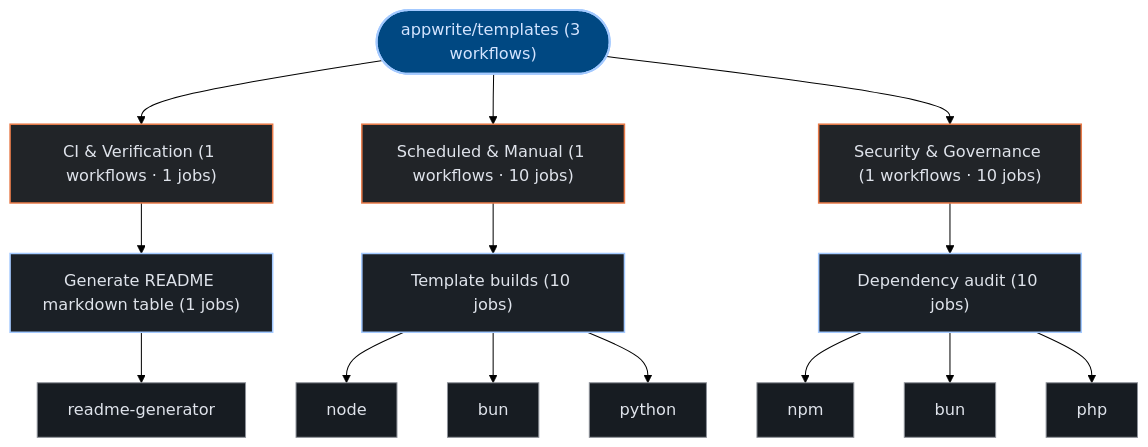
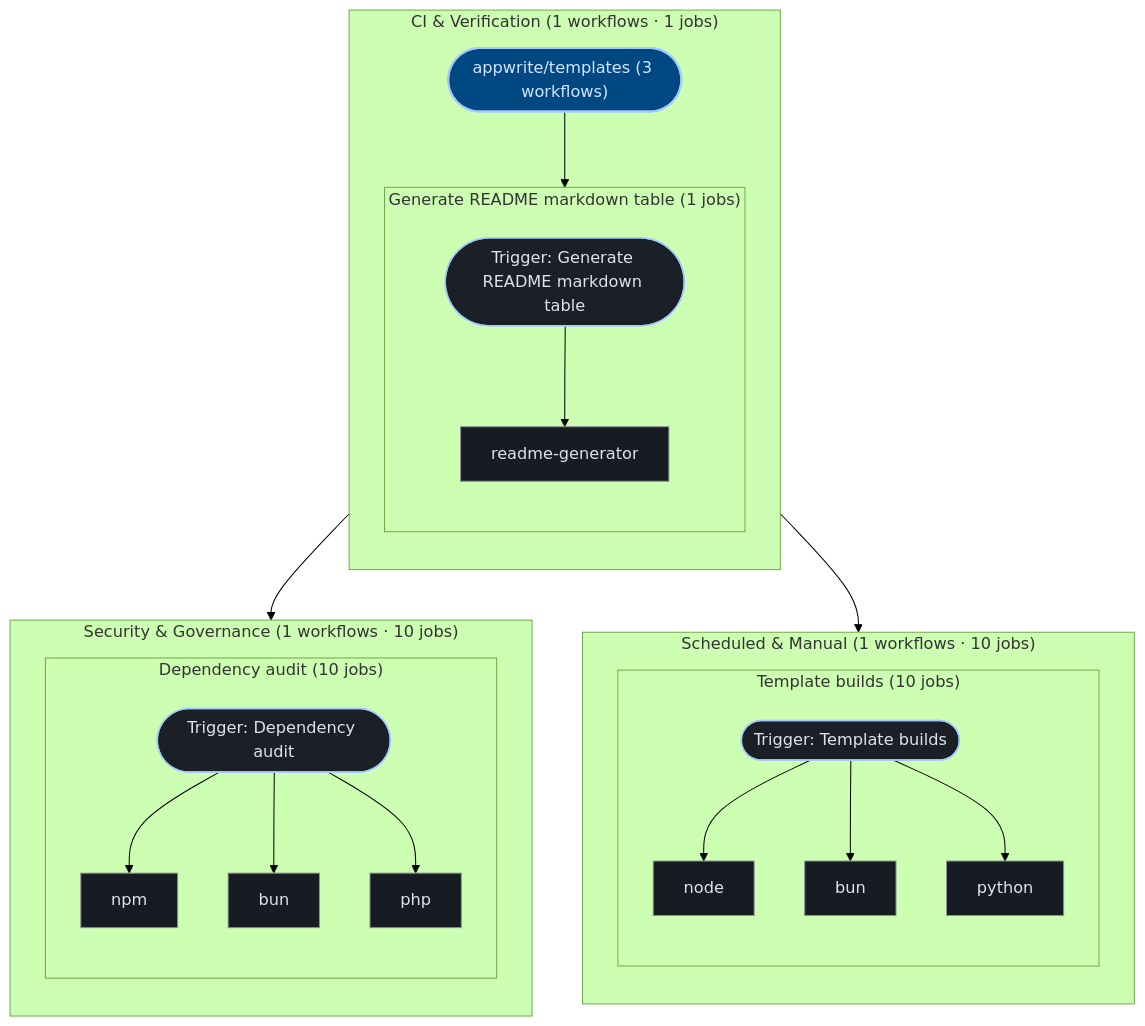
One commit to kumarshaz/atruss-code-atlas changed the third of 3 diagrams in exports/latest/reports/appwrite-templates-report.md. Above: the diagram before and after it, drawn with Mermaid (forest theme). The commit also changed 181 other files, not shown here.

````diff
--- a/exports/latest/reports/appwrite-templates-report.md
+++ b/exports/latest/reports/appwrite-templates-report.md
@@ -190,37 +190,49 @@
 ```mermaid
 graph TD;
   classDef atlasRoot fill:#004882,stroke:#a3c9ff,stroke-width:2px,color:#d3e4ff
   classDef atlasCategory fill:#212428,stroke:#E87A48,stroke-width:1.5px,color:#dfe3eb
   classDef atlasWorkflow fill:#1b2026,stroke:#a3c9ff,stroke-width:1.5px,color:#dfe3eb
   classDef atlasJob fill:#171c22,stroke:#8d9199,stroke-width:1px,color:#dfe3eb
   classDef atlasTarget fill:#005227,stroke:#8bd99b,stroke-width:1.5px,color:#a7f6b6
   classDef atlasAlert fill:#93000a,stroke:#ffb4ab,stroke-width:1.5px,color:#ffdad6
   classDef atlasMore fill:#252a31,stroke:#8d9199,stroke-dasharray:4 4,color:#c3c6cf
   pipeline_root(["appwrite/templates (3 workflows)"]):::atlasRoot
-  grp_0_CI___Verification["CI & Verification (1 workflows · 1 jobs)"]:::atlasCategory
-  pipeline_root --> grp_0_CI___Verification
-  wf_2_Generate_README_markdown_table["Generate README markdown table (1 jobs)"]:::atlasWorkflow
-  grp_0_CI___Verification --> wf_2_Generate_README_markdown_table
-  job_2_readme_generator["readme-generator"]:::atlasJob
-  wf_2_Generate_README_markdown_table --> job_2_readme_generator
-  grp_1_Scheduled___Manual["Scheduled & Manual (1 workflows · 10 jobs)"]:::atlasCategory
-  pipeline_root --> grp_1_Scheduled___Manual
-  wf_1_Template_builds["Template builds (10 jobs)"]:::atlasWorkflow
-  grp_1_Scheduled___Manual --> wf_1_Template_builds
-  job_1_node["node"]:::atlasJob
-  job_1_bun["bun"]:::atlasJob
-  job_1_python["python"]:::atlasJob
-  wf_1_Template_builds --> job_1_node
-  wf_1_Template_builds --> job_1_bun
-  wf_1_Template_builds --> job_1_python
-  grp_2_Security___Governance["Security & Governance (1 workflows · 10 jobs)"]:::atlasCategory
-  pipeline_root --> grp_2_Security___Governance
-  wf_0_Dependency_audit["Dependency audit (10 jobs)"]:::atlasWorkflow
-  grp_2_Security___Governance --> wf_0_Dependency_audit
-  job_0_npm["npm"]:::atlasJob
-  job_0_bun["bun"]:::atlasJob
-  job_0_php["php"]:::atlasJob
-  wf_0_Dependency_audit --> job_0_npm
-  wf_0_Dependency_audit --> job_0_bun
-  wf_0_Dependency_audit --> job_0_php
+  subgraph sg_grp_0_CI___Verification["CI & Verification (1 workflows · 1 jobs)"]
+    direction TB
+    subgraph sg_wf_2_Generate_README_markdown_table["Generate README markdown table (1 jobs)"]
+      direction TB
+      wf_2_Generate_README_markdown_table(["Trigger: Generate README markdown table"]):::atlasWorkflow
+      job_2_readme_generator["readme-generator"]:::atlasJob
+      wf_2_Generate_README_markdown_table --> job_2_readme_generator
+    end
+    pipeline_root --> wf_2_Generate_README_markdown_table
+  end
+  subgraph sg_grp_1_Scheduled___Manual["Scheduled & Manual (1 workflows · 10 jobs)"]
+    direction TB
+    subgraph sg_wf_1_Template_builds["Template builds (10 jobs)"]
+      direction TB
+      wf_1_Template_builds(["Trigger: Template builds"]):::atlasWorkflow
+      job_1_node["node"]:::atlasJob
+      job_1_bun["bun"]:::atlasJob
+      job_1_python["python"]:::atlasJob
+      wf_1_Template_builds --> job_1_node
+      wf_1_Template_builds --> job_1_bun
+      wf_1_Template_builds --> job_1_python
+    end
+    pipeline_root --> wf_1_Template_builds
+  end
+  subgraph sg_grp_2_Security___Governance["Security & Governance (1 workflows · 10 jobs)"]
+    direction TB
+    subgraph sg_wf_0_Dependency_audit["Dependency audit (10 jobs)"]
+      direction TB
+      wf_0_Dependency_audit(["Trigger: Dependency audit"]):::atlasWorkflow
+      job_0_npm["npm"]:::atlasJob
+      job_0_bun["bun"]:::atlasJob
+      job_0_php["php"]:::atlasJob
+      wf_0_Dependency_audit --> job_0_npm
+      wf_0_Dependency_audit --> job_0_bun
+      wf_0_Dependency_audit --> job_0_php
+    end
+    pipeline_root --> wf_0_Dependency_audit
+  end
 ```
````
